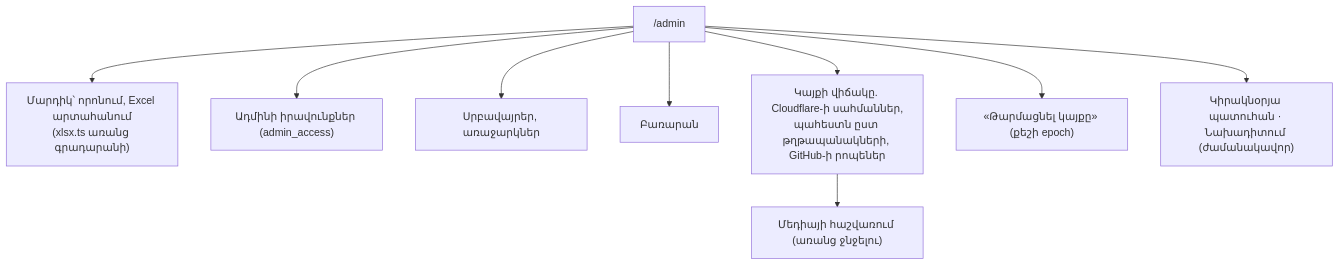
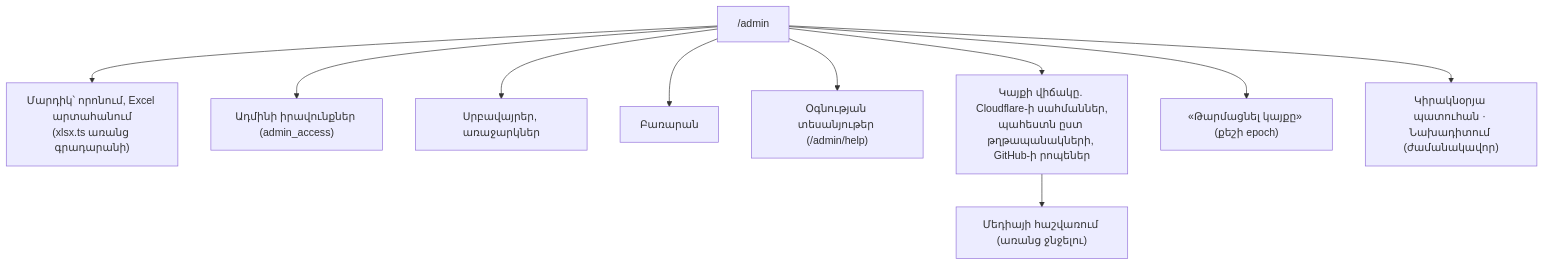
Before and after one commit to T0n0yan/armenian-apostolic-digital-library: diagram 15 of 24 in docs/ARCHITECTURE.md, drawn with Mermaid. The commit also changed other lines of this file and 21 other files, not shown here.

````diff
--- a/docs/ARCHITECTURE.md
+++ b/docs/ARCHITECTURE.md
@@ -415,11 +417,12 @@
 ```mermaid
 flowchart TD
   A["/admin"] --> P["Մարդիկ՝ որոնում, Excel արտահանում<br/>(xlsx.ts առանց գրադարանի)"]
   A --> R["Ադմինի իրավունքներ (admin_access)"]
   A --> S["Սրբավայրեր, առաջարկներ"]
   A --> G["Բառարան"]
+  A --> H["Օգնության տեսանյութեր (/admin/help)"]
   A --> U["Կայքի վիճակը. Cloudflare-ի սահմաններ,<br/>պահեստն ըստ թղթապանակների, GitHub-ի րոպեներ"]
   A --> RF["«Թարմացնել կայքը» (քեշի epoch)"]
   A --> SP["Կիրակնօրյա պատուհան · Նախադիտում (ժամանակավոր)"]
   U --> MI["Մեդիայի հաշվառում (առանց ջնջելու)"]
 ```
````
